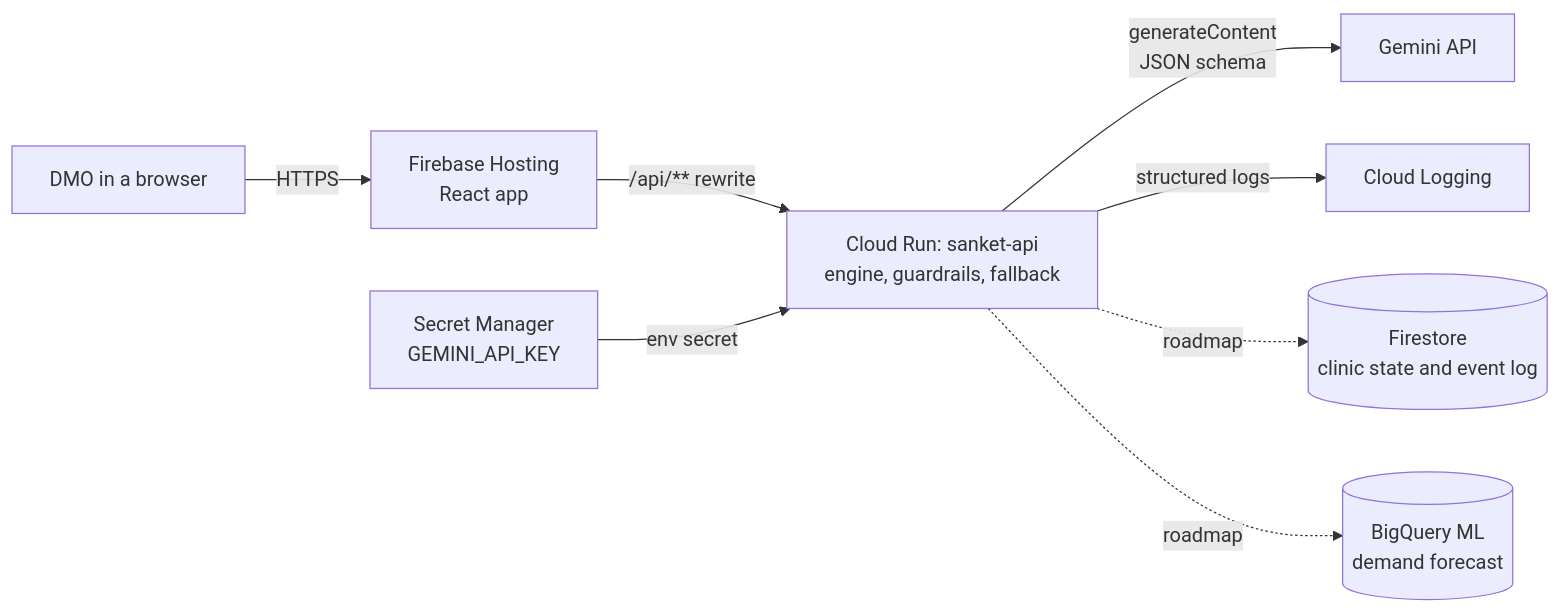
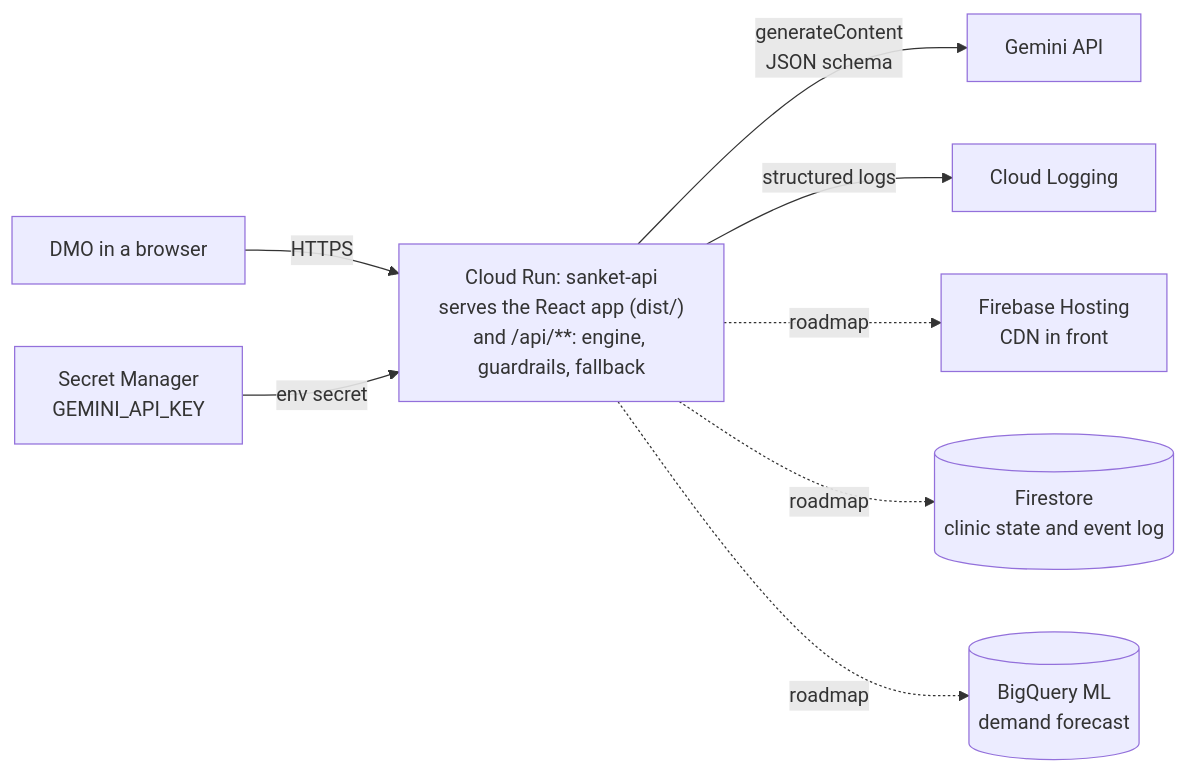
Before and after one commit to sanjivanit/sanket: the diagram in ARCHITECTURE.md, drawn with Mermaid. The commit also changed other lines of this file and 6 other files, not shown here.

Commit message:
Serve web app from Cloud Run, update docs

````diff
--- a/ARCHITECTURE.md
+++ b/ARCHITECTURE.md
@@ -5,10 +5,10 @@
 ```mermaid
 flowchart LR
-  DMO["DMO in a browser"] -->|HTTPS| FH["Firebase Hosting<br/>React app"]
-  FH -->|"/api/** rewrite"| CR["Cloud Run: sanket-api<br/>engine, guardrails, fallback"]
+  DMO["DMO in a browser"] -->|HTTPS| CR["Cloud Run: sanket-api<br/>serves the React app (dist/)<br/>and /api/**: engine, guardrails, fallback"]
   SM["Secret Manager<br/>GEMINI_API_KEY"] -->|env secret| CR
   CR -->|"generateContent<br/>JSON schema"| GM["Gemini API"]
   CR -->|structured logs| CL["Cloud Logging"]
+  CR -.->|roadmap| FH["Firebase Hosting<br/>CDN in front"]
   CR -.->|roadmap| FS[("Firestore<br/>clinic state and event log")]
   CR -.->|roadmap| BQ[("BigQuery ML<br/>demand forecast")]
 ```
````
